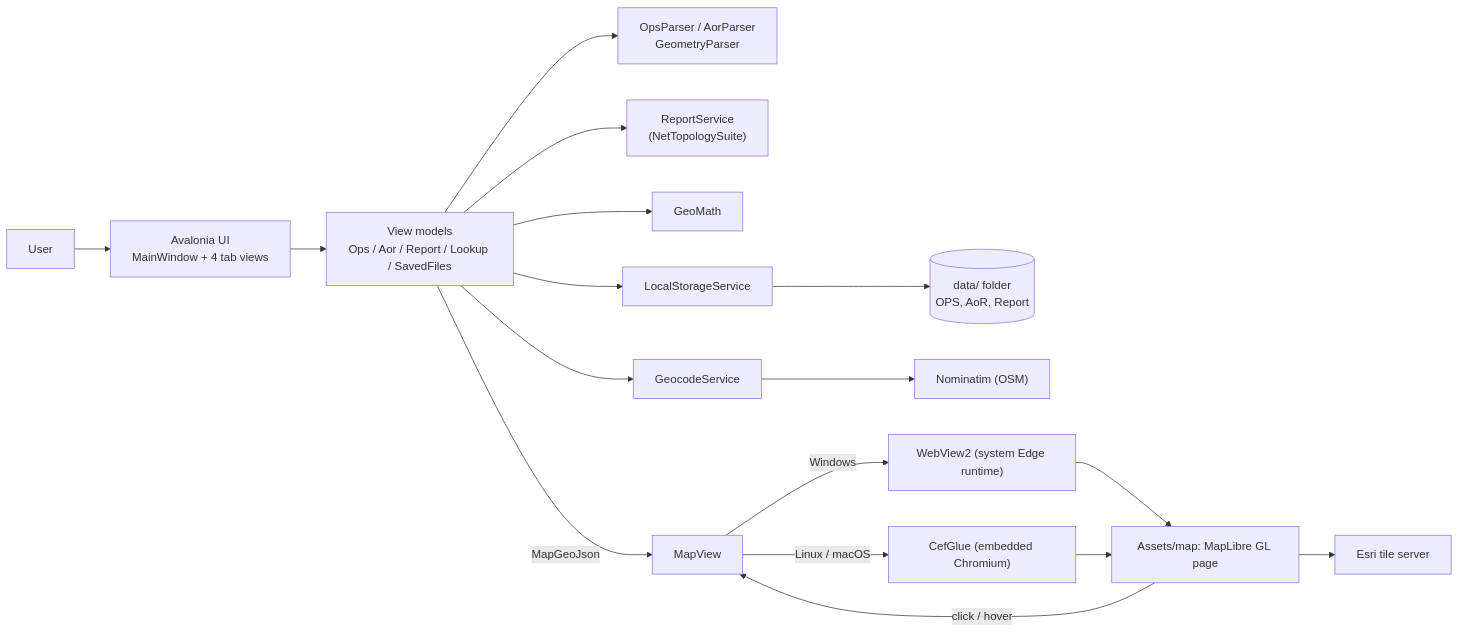
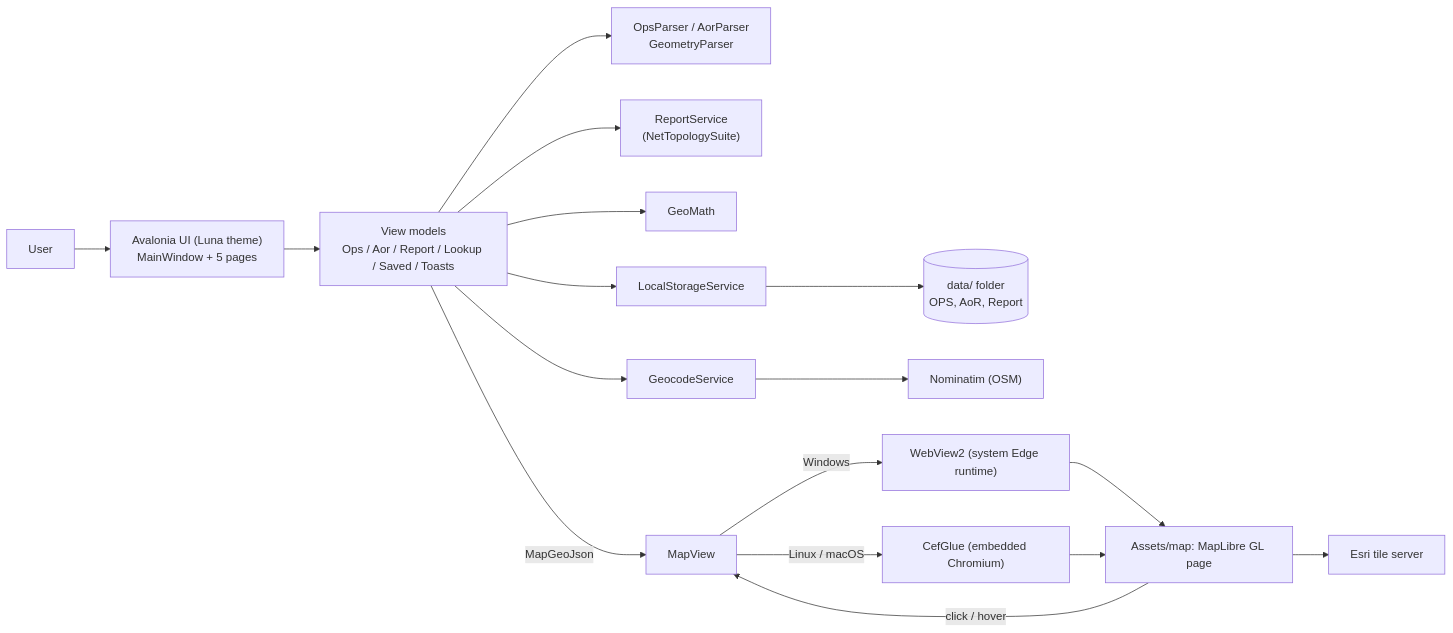
The diagram in README.md (Win1817/flight-path-planner), drawn with Mermaid before and after one commit. The commit also changed other lines of this file and 37 other files, not shown here.

First line of the commit message:
Luna theme: centralized design system, new shell, redesigned tabs, notifications

````diff
--- a/README.md
+++ b/README.md
@@ -46,17 +47,17 @@
 ```mermaid
 flowchart LR
-    User --> UI["Avalonia UI<br/>MainWindow + 4 tab views"]
-    UI --> VM["View models<br/>Ops / Aor / Report / Lookup / SavedFiles"]
+    User --> UI["Avalonia UI (Luna theme)<br/>MainWindow + 5 pages"]
+    UI --> VM["View models<br/>Ops / Aor / Report / Lookup / Saved / Toasts"]
     VM --> Parsers["OpsParser / AorParser<br/>GeometryParser"]
     VM --> Report["ReportService<br/>(NetTopologySuite)"]
     VM --> Geo["GeoMath"]
     VM --> Storage["LocalStorageService"] --> Data[("data/ folder<br/>OPS, AoR, Report")]
     VM --> Geocode["GeocodeService"] --> Nominatim["Nominatim (OSM)"]
     VM -- "MapGeoJson" --> MapView
     MapView -- "Windows" --> WV2["WebView2 (system Edge runtime)"]
     MapView -- "Linux / macOS" --> CEF["CefGlue (embedded Chromium)"]
     WV2 --> Page["Assets/map: MapLibre GL page"]
     CEF --> Page
     Page --> Tiles["Esri tile server"]
     Page -- "click / hover" --> MapView
 ```
````
